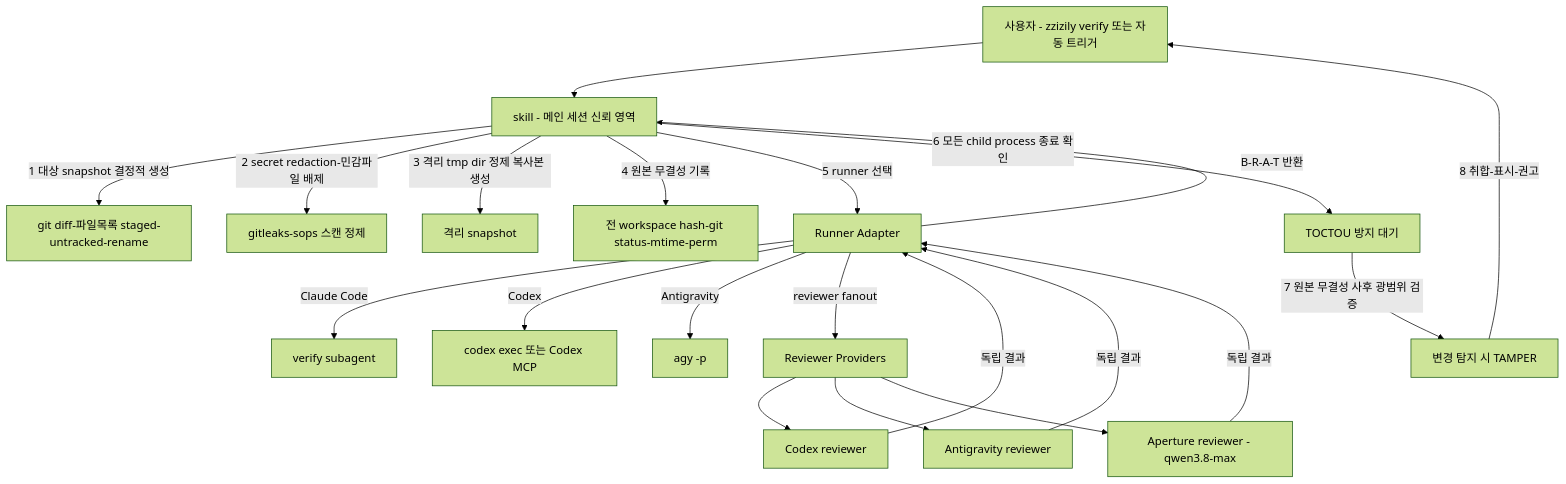
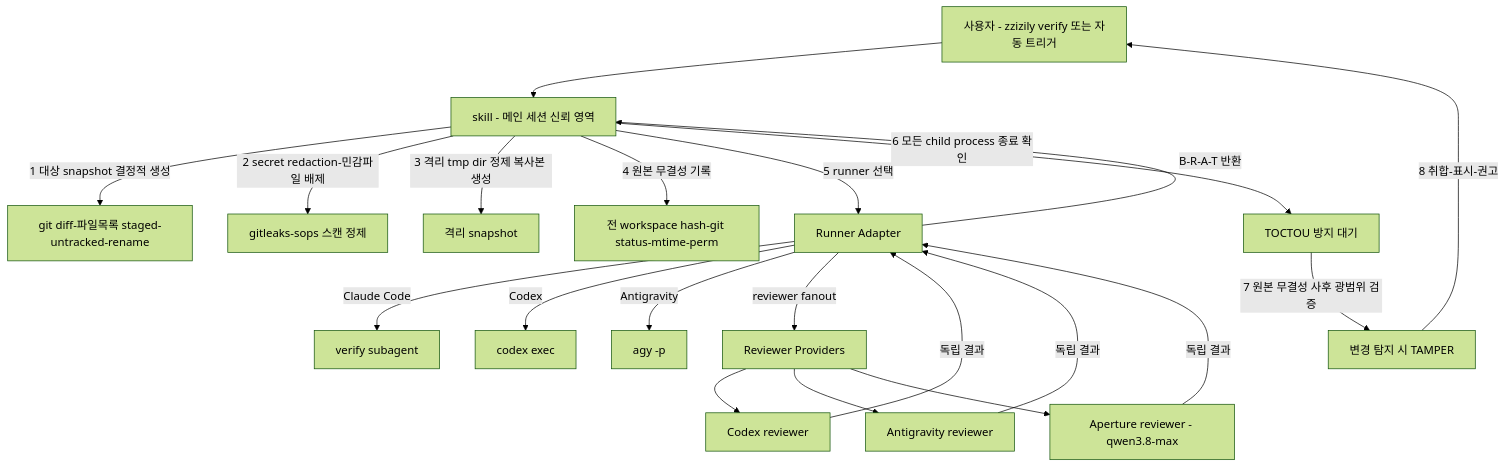
One commit to deuxksy/ai-agent-skill changed the diagram in plugins/review/skills/verify/SKILL.md. Above: the diagram before and after it, drawn with Mermaid (forest theme). The commit also changed other lines of this file and 25 other files, not shown here.

First line of the commit message:
feat(review): codex exec 단일 경로 전환 — Codex MCP 제거 대응·11개 플러그인 v2.0.0 개별 버전 epoch

````diff
--- a/plugins/review/skills/verify/SKILL.md
+++ b/plugins/review/skills/verify/SKILL.md
@@ -41,23 +41,23 @@
 ```mermaid
 graph TD
     U[사용자 - zzizily verify 또는 자동 트리거] --> SK[skill - 메인 세션 신뢰 영역]
     SK -->|1 대상 snapshot 결정적 생성| S1[git diff-파일목록 staged-untracked-rename]
     SK -->|2 secret redaction-민감파일 배제| S2[gitleaks-sops 스캔 정제]
     SK -->|3 격리 tmp dir 정제 복사본 생성| S3[격리 snapshot]
     SK -->|4 원본 무결성 기록| S4[전 workspace hash-git status-mtime-perm]
     SK -->|5 runner 선택| RN[Runner Adapter]
     RN -->|Claude Code| CC[verify subagent]
-    RN -->|Codex| CX[codex exec 또는 Codex MCP]
+    RN -->|Codex| CX[codex exec]
     RN -->|Antigravity| AG[agy -p]
     RN -->|reviewer fanout| RV[Reviewer Providers]
     RV --> CXR[Codex reviewer]
     RV --> AGR[Antigravity reviewer]
     RV --> AQW[Aperture reviewer - qwen3.8-max]
     CXR -->|독립 결과| RN
     AGR -->|독립 결과| RN
     AQW -->|독립 결과| RN
     RN -->|B-R-A-T 반환| SK
     SK -->|6 모든 child process 종료 확인| W[TOCTOU 방지 대기]
     W -->|7 원본 무결성 사후 광범위 검증| S5[변경 탐지 시 TAMPER]
     S5 -->|8 취합-표시-권고| U
 ```
````
